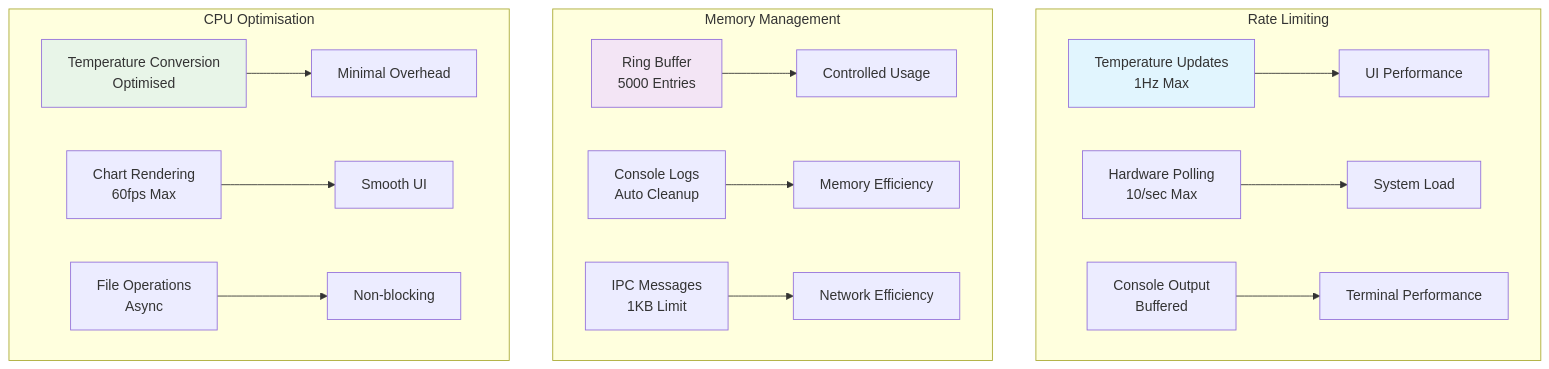
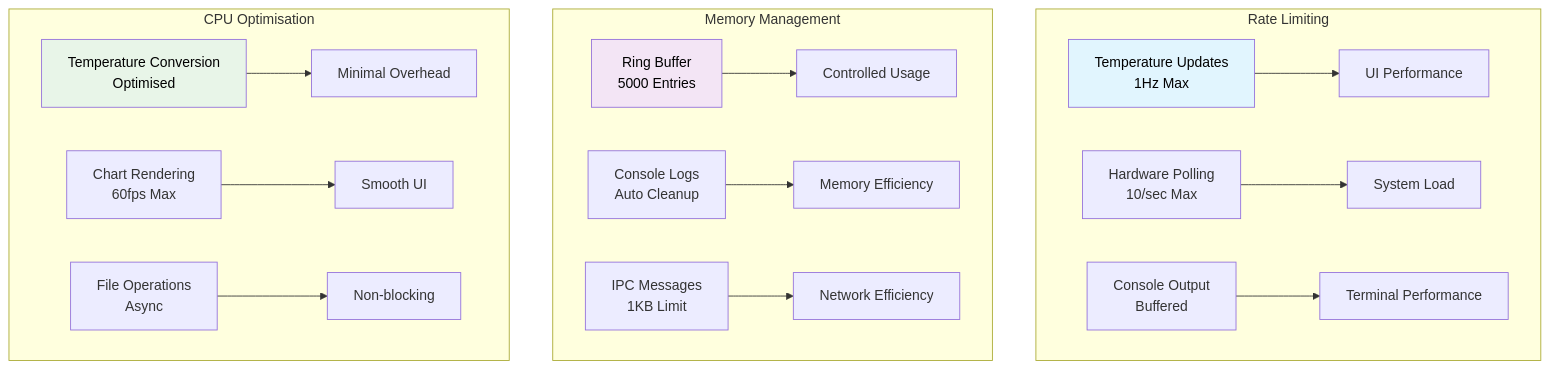
Before and after one commit to Interlaken0/temperature-plotter: the tenth of 11 diagrams in docs/API.md, drawn with Mermaid. The commit also changed other lines of this file and 8 other files, not shown here.

First line of the commit message:
Standardise Mermaid diagram text colour to black across all documentation

````diff
--- a/docs/API.md
+++ b/docs/API.md
@@ -1012,24 +1012,24 @@
 ```mermaid
 graph TB
     subgraph "Rate Limiting"
         A[Temperature Updates<br/>1Hz Max] --> B[UI Performance]
         C[Hardware Polling<br/>10/sec Max] --> D[System Load]
         E[Console Output<br/>Buffered] --> F[Terminal Performance]
     end
     
     subgraph "Memory Management"
         G[Ring Buffer<br/>5000 Entries] --> H[Controlled Usage]
         I[Console Logs<br/>Auto Cleanup] --> J[Memory Efficiency]
         K[IPC Messages<br/>1KB Limit] --> L[Network Efficiency]
     end
     
     subgraph "CPU Optimisation"
         M[Temperature Conversion<br/>Optimised] --> N[Minimal Overhead]
         O[Chart Rendering<br/>60fps Max] --> P[Smooth UI]
         Q[File Operations<br/>Async] --> R[Non-blocking]
     end
     
-    style A fill:#e1f5fe
-    style G fill:#f3e5f5
-    style M fill:#e8f5e8
+    style A fill:#e1f5fe,color:#000000
+    style G fill:#f3e5f5,color:#000000
+    style M fill:#e8f5e8,color:#000000
 ```
````
